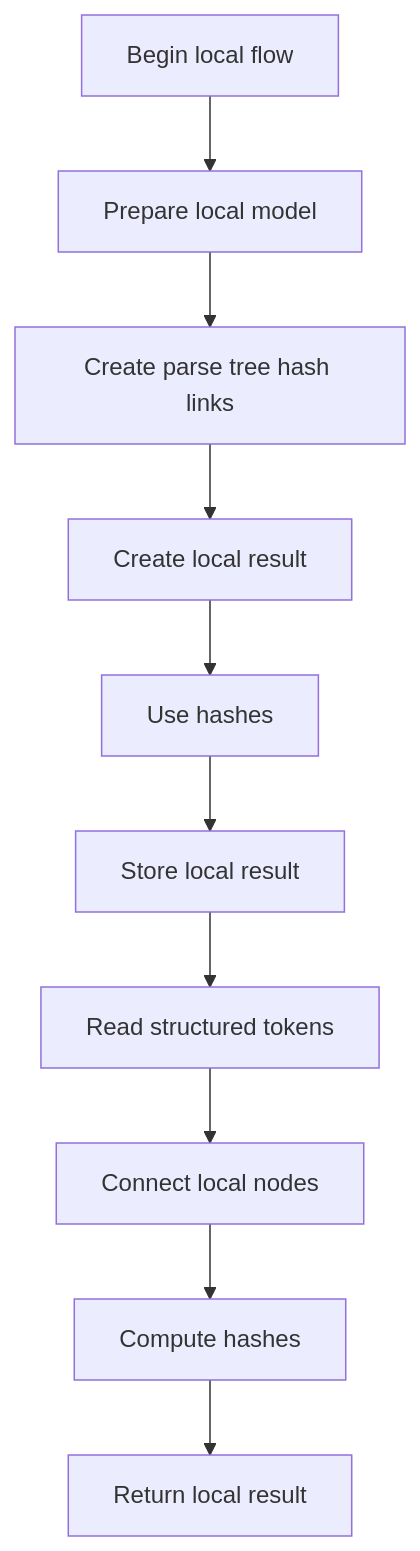
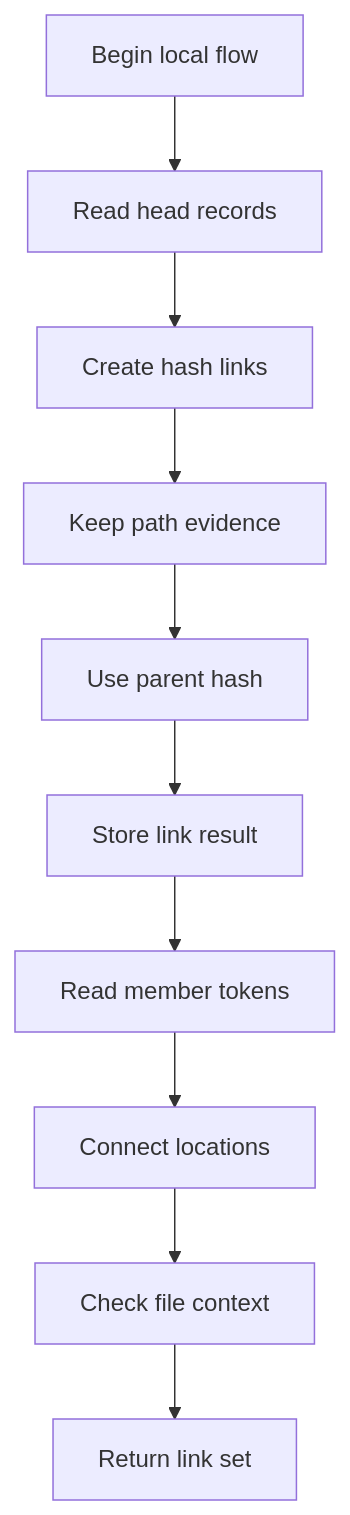
One commit to JohnAndrewBalbarosa/NeoTerritory changed the first of 4 diagrams in docs/Codebase/Microservice/Modules/Source/HashingMechanism/HashLinks/core.cpp.md. Above: the diagram before and after it, drawn with Mermaid. The commit also changed other lines of this file and 147 other files, not shown here.

````diff
--- a/docs/Codebase/Microservice/Modules/Source/HashingMechanism/HashLinks/core.cpp.md
+++ b/docs/Codebase/Microservice/Modules/Source/HashingMechanism/HashLinks/core.cpp.md
@@ -29,22 +31,22 @@
 ```mermaid
 flowchart TD
     N0["Begin local flow"]
-    N1["Prepare local model"]
-    N2["Create parse tree hash links"]
-    N3["Create local result"]
-    N4["Use hashes"]
-    N5["Store local result"]
-    N6["Read structured tokens"]
-    N7["Connect local nodes"]
-    N8["Compute hashes"]
-    N9["Return local result"]
+    N1["Read head records"]
+    N2["Create hash links"]
+    N3["Keep path evidence"]
+    N4["Use parent hash"]
+    N5["Store link result"]
+    N6["Read member tokens"]
+    N7["Connect locations"]
+    N8["Check file context"]
+    N9["Return link set"]
     N0 --> N1
     N1 --> N2
     N2 --> N3
     N3 --> N4
     N4 --> N5
     N5 --> N6
     N6 --> N7
     N7 --> N8
     N8 --> N9
 ```
````
